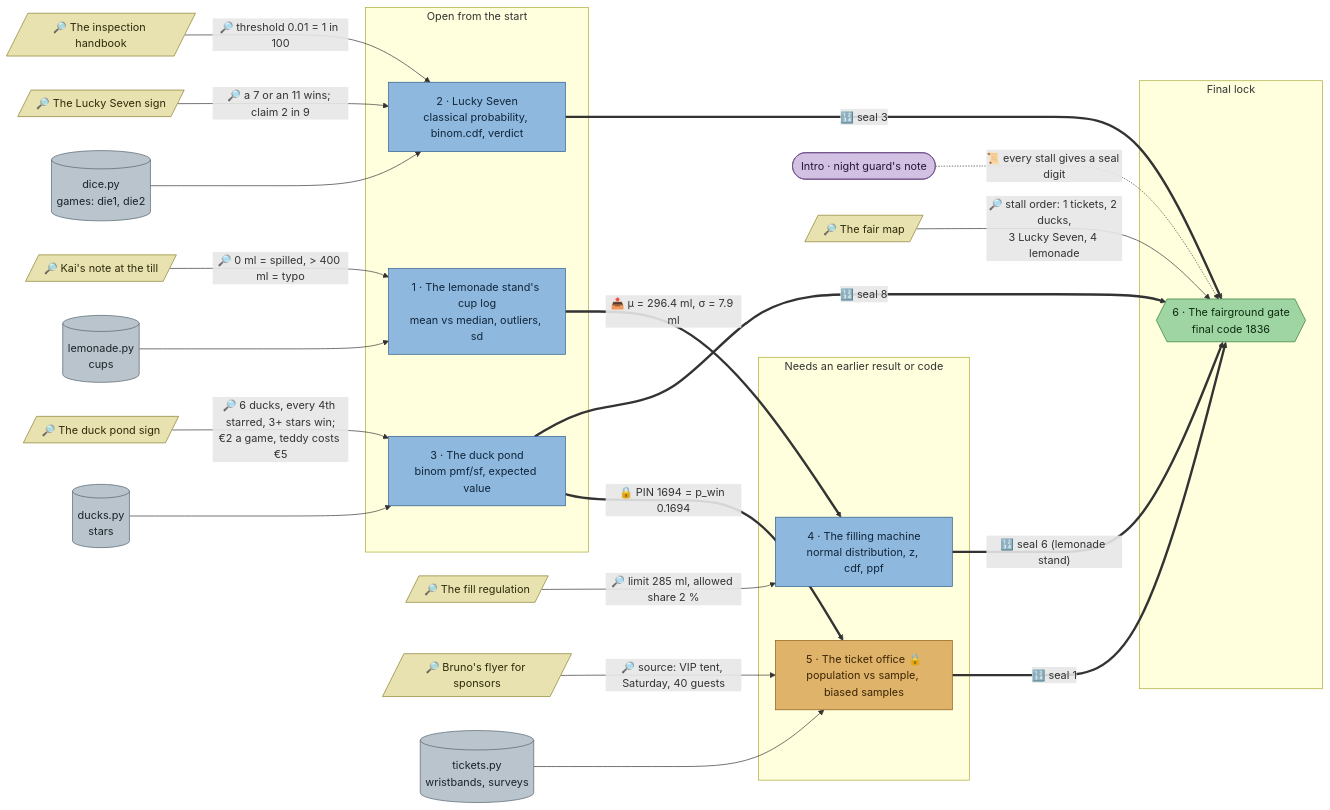
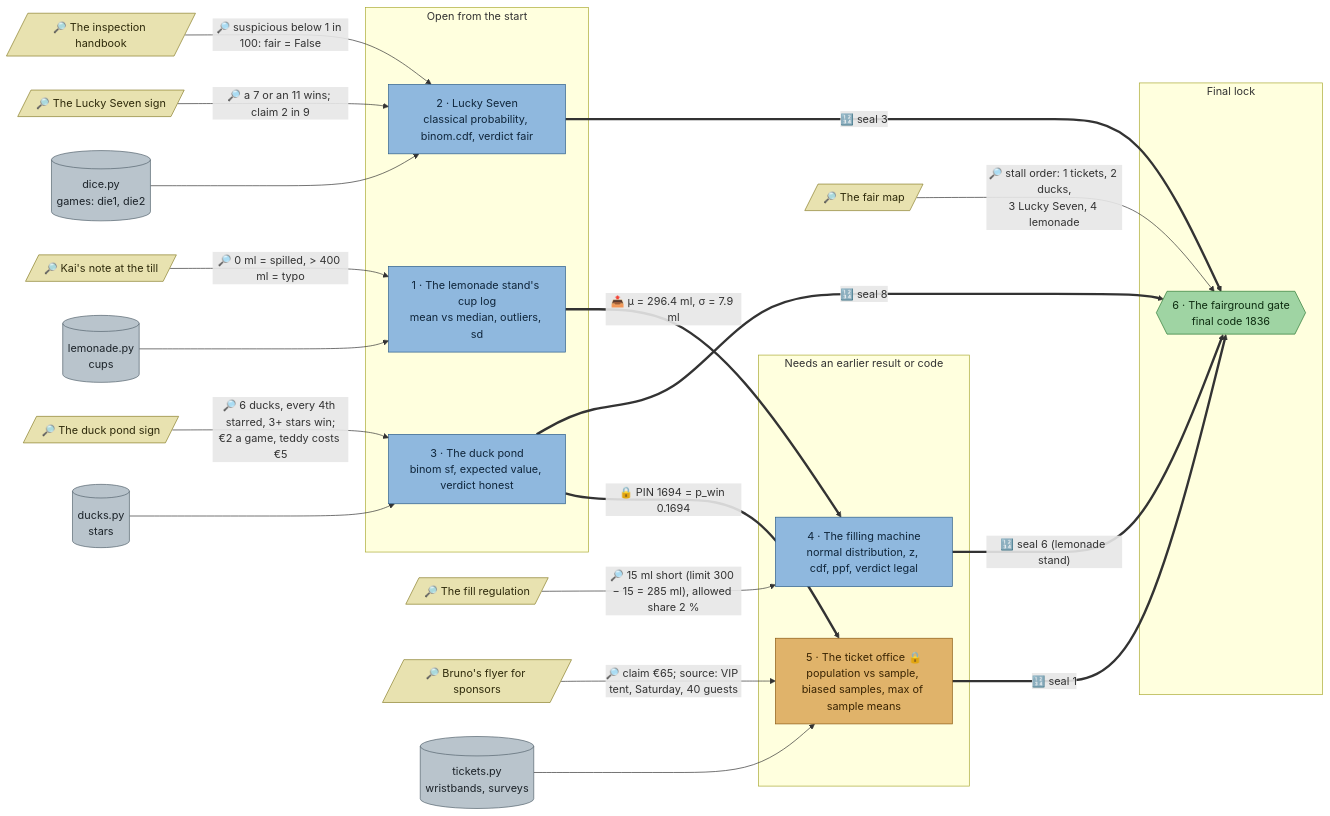
One commit to mhoffmann-wbs/DataScienceEscapeRooms changed the diagram in docs/flows/stats-fair.md. Above: the diagram before and after it, drawn with Mermaid. The commit also changed other lines of this file and 11 other files, not shown here.

Commit message:
The Rigged Fair: every clue once, no pointers to clues outside hints, a verdict per station; the flyer survey averages exactly €65; design rules for all rooms

````diff
--- a/docs/flows/stats-fair.md
+++ b/docs/flows/stats-fair.md
@@ -5,67 +5,62 @@
 ```mermaid
 flowchart LR
-  intro(["Intro · night guard's note"])
-
   cupnote[/"🔎 Kai's note at the till"/]
   dicesign[/"🔎 The Lucky Seven sign"/]
   handbook[/"🔎 The inspection handbook"/]
   ducksign[/"🔎 The duck pond sign"/]
   filllaw[/"🔎 The fill regulation"/]
   flyer[/"🔎 Bruno's flyer for sponsors"/]
   fairmap[/"🔎 The fair map"/]
 
   d_lemonade[("lemonade.py<br/>cups")]
   d_dice[("dice.py<br/>games: die1, die2")]
   d_ducks[("ducks.py<br/>stars")]
   d_tickets[("tickets.py<br/>wristbands, surveys")]
 
   subgraph p1["Open from the start"]
     lemonade["1 · The lemonade stand's cup log<br/>mean vs median, outliers, sd"]
-    dice["2 · Lucky Seven<br/>classical probability, binom.cdf, verdict"]
-    ducks["3 · The duck pond<br/>binom pmf/sf, expected value"]
+    dice["2 · Lucky Seven<br/>classical probability, binom.cdf, verdict fair"]
+    ducks["3 · The duck pond<br/>binom sf, expected value, verdict honest"]
   end
 
   subgraph p2["Needs an earlier result or code"]
-    filler["4 · The filling machine<br/>normal distribution, z, cdf, ppf"]
-    tickets["5 · The ticket office 🔒<br/>population vs sample, biased samples"]
+    filler["4 · The filling machine<br/>normal distribution, z, cdf, ppf, verdict legal"]
+    tickets["5 · The ticket office 🔒<br/>population vs sample, biased samples, max of sample means"]
   end
 
   subgraph p3["Final lock"]
     gate{{"6 · The fairground gate<br/>final code 1836"}}
   end
 
   d_lemonade --> lemonade
   d_dice --> dice
   d_ducks --> ducks
   d_tickets --> tickets
 
   cupnote -->|"🔎 0 ml = spilled, > 400 ml = typo"| lemonade
   dicesign -->|"🔎 a 7 or an 11 wins; claim 2 in 9"| dice
-  handbook -->|"🔎 threshold 0.01 = 1 in 100"| dice
+  handbook -->|"🔎 suspicious below 1 in 100: fair = False"| dice
   ducksign -->|"🔎 6 ducks, every 4th starred, 3+ stars win;<br/>€2 a game, teddy costs €5"| ducks
-  filllaw -->|"🔎 limit 285 ml, allowed share 2 %"| filler
-  flyer -->|"🔎 source: VIP tent, Saturday, 40 guests"| tickets
+  filllaw -->|"🔎 15 ml short (limit 300 − 15 = 285 ml), allowed share 2 %"| filler
+  flyer -->|"🔎 claim €65; source: VIP tent, Saturday, 40 guests"| tickets
   fairmap -->|"🔎 stall order: 1 tickets, 2 ducks,<br/>3 Lucky Seven, 4 lemonade"| gate
-  intro -.->|"📜 every stall gives a seal digit"| gate
 
   lemonade ==>|"📤 μ = 296.4 ml, σ = 7.9 ml"| filler
   ducks ==>|"🔒 PIN 1694 = p_win 0.1694"| tickets
 
   tickets ==>|"🔢 seal 1"| gate
   ducks ==>|"🔢 seal 8"| gate
   dice ==>|"🔢 seal 3"| gate
   filler ==>|"🔢 seal 6 (lemonade stand)"| gate
 
   classDef station fill:#8fb8de,stroke:#2b5d8a,color:#10263b
   classDef locked fill:#e0b36a,stroke:#8a5a12,color:#3a2504
   classDef clue fill:#e8e2b0,stroke:#8a7f2b,color:#2e2a0b
   classDef data fill:#b9c4cc,stroke:#55636e,color:#1c2329
   classDef final fill:#9fd4a3,stroke:#2f7a36,color:#0f2e12
-  classDef intro fill:#d3c1e3,stroke:#6a4c86,color:#25163a
   class lemonade,dice,ducks,filler station
   class tickets locked
   class cupnote,dicesign,handbook,ducksign,filllaw,flyer,fairmap clue
   class d_lemonade,d_dice,d_ducks,d_tickets data
   class gate final
-  class intro intro
 ```
````
